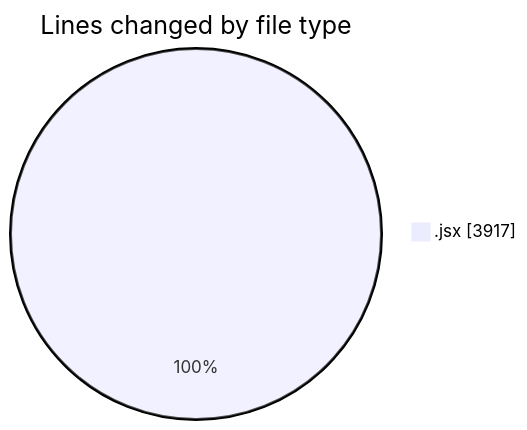
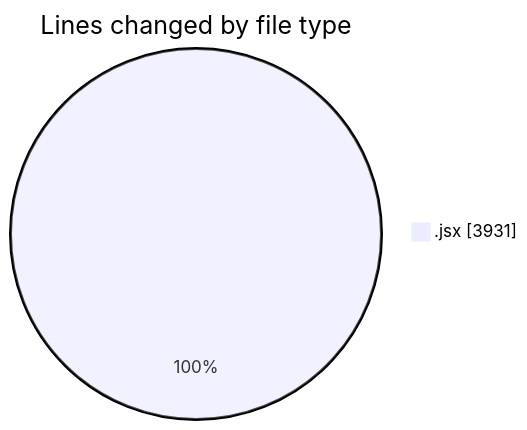
Before and after one commit to nxtqubesakshisongat/code-tracking: the first of 2 diagrams in 2025-11-18/nxtqube_webapp/README.md, drawn with Mermaid. The commit also changed other lines of this file and 1 other file, not shown here.

````diff
--- a/2025-11-18/nxtqube_webapp/README.md
+++ b/2025-11-18/nxtqube_webapp/README.md
@@ -23,5 +23,5 @@
 ```mermaid
 pie showData
 title Lines changed by file type
-".jsx" : 3917
+".jsx" : 3931
 ```
````
